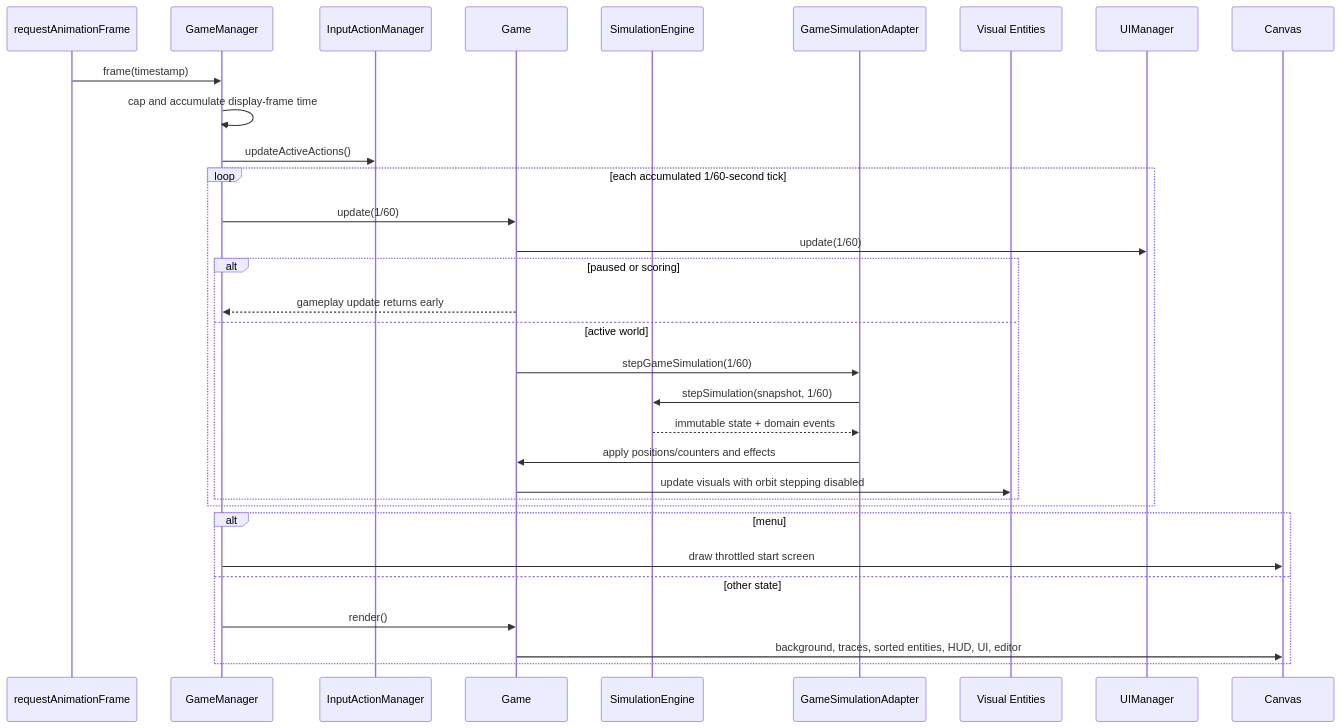
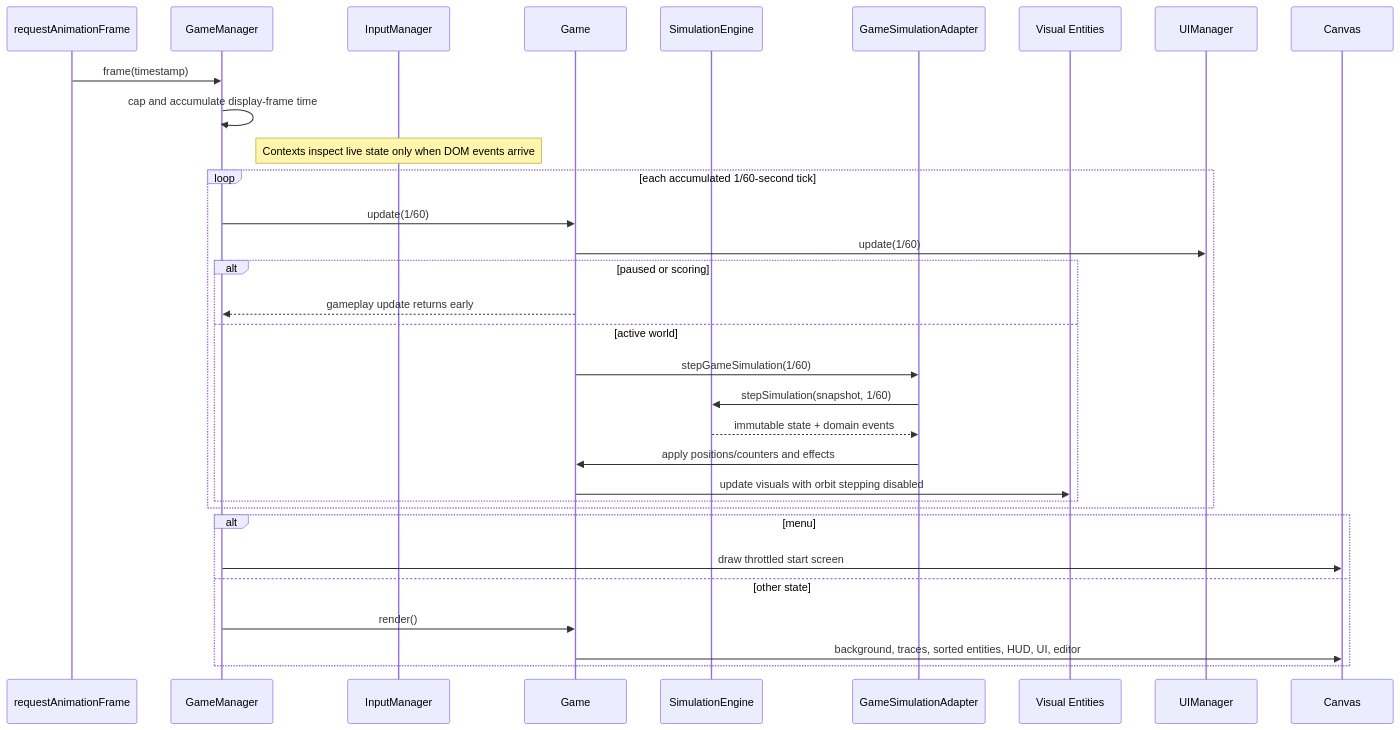
Before and after one commit to Newah1/SpacedPenguin: the fifth of 15 diagrams in ARCHITECTURE.md, drawn with Mermaid. The commit also changed other lines of this file and 27 other files, not shown here.

Commit message:
Added input manager

````diff
--- a/ARCHITECTURE.md
+++ b/ARCHITECTURE.md
@@ -202,35 +202,35 @@
 ```mermaid
 sequenceDiagram
     participant RAF as requestAnimationFrame
     participant GM as GameManager
-    participant IA as InputActionManager
+    participant IA as InputManager
     participant G as Game
     participant S as SimulationEngine
     participant A as GameSimulationAdapter
     participant E as Visual Entities
     participant UI as UIManager
     participant C as Canvas
 
     RAF->>GM: frame(timestamp)
     GM->>GM: cap and accumulate display-frame time
-    GM->>IA: updateActiveActions()
+    Note over IA: Contexts inspect live state only when DOM events arrive
     loop each accumulated 1/60-second tick
         GM->>G: update(1/60)
         G->>UI: update(1/60)
         alt paused or scoring
             G-->>GM: gameplay update returns early
         else active world
             G->>A: stepGameSimulation(1/60)
             A->>S: stepSimulation(snapshot, 1/60)
             S-->>A: immutable state + domain events
             A->>G: apply positions/counters and effects
             G->>E: update visuals with orbit stepping disabled
         end
     end
     alt menu
         GM->>C: draw throttled start screen
     else other state
         GM->>G: render()
         G->>C: background, traces, sorted entities, HUD, UI, editor
     end
 ```
````
